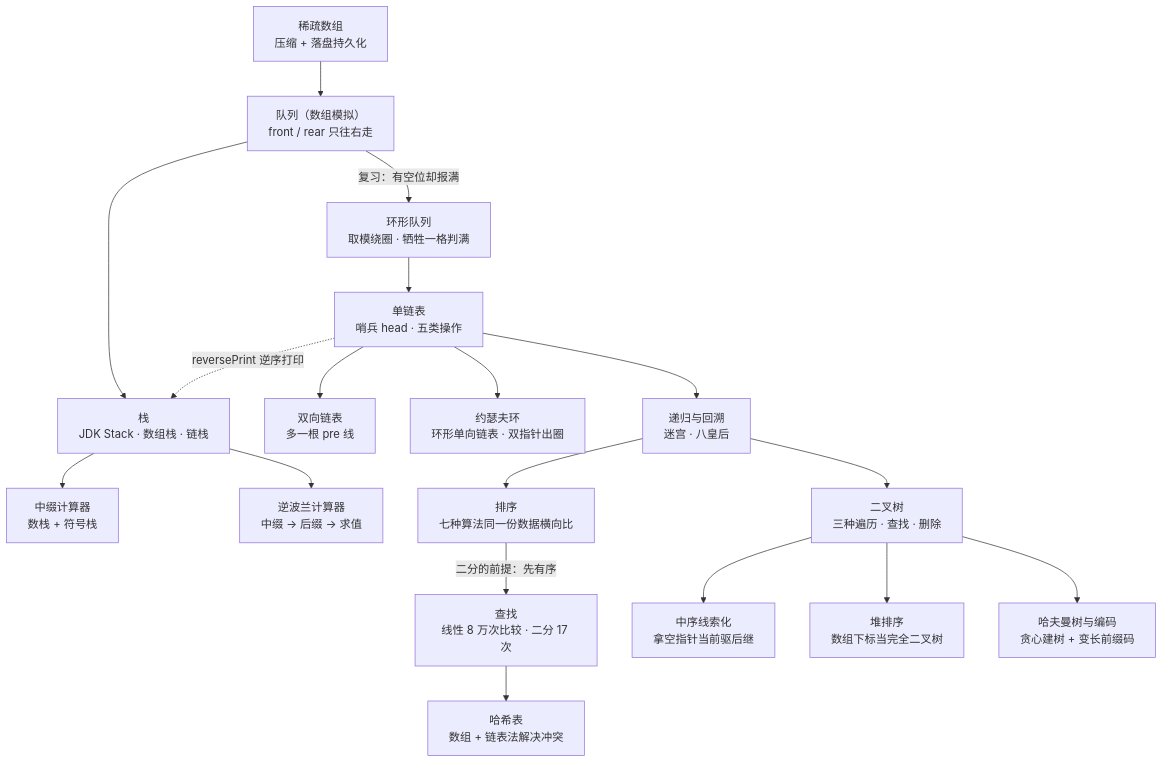
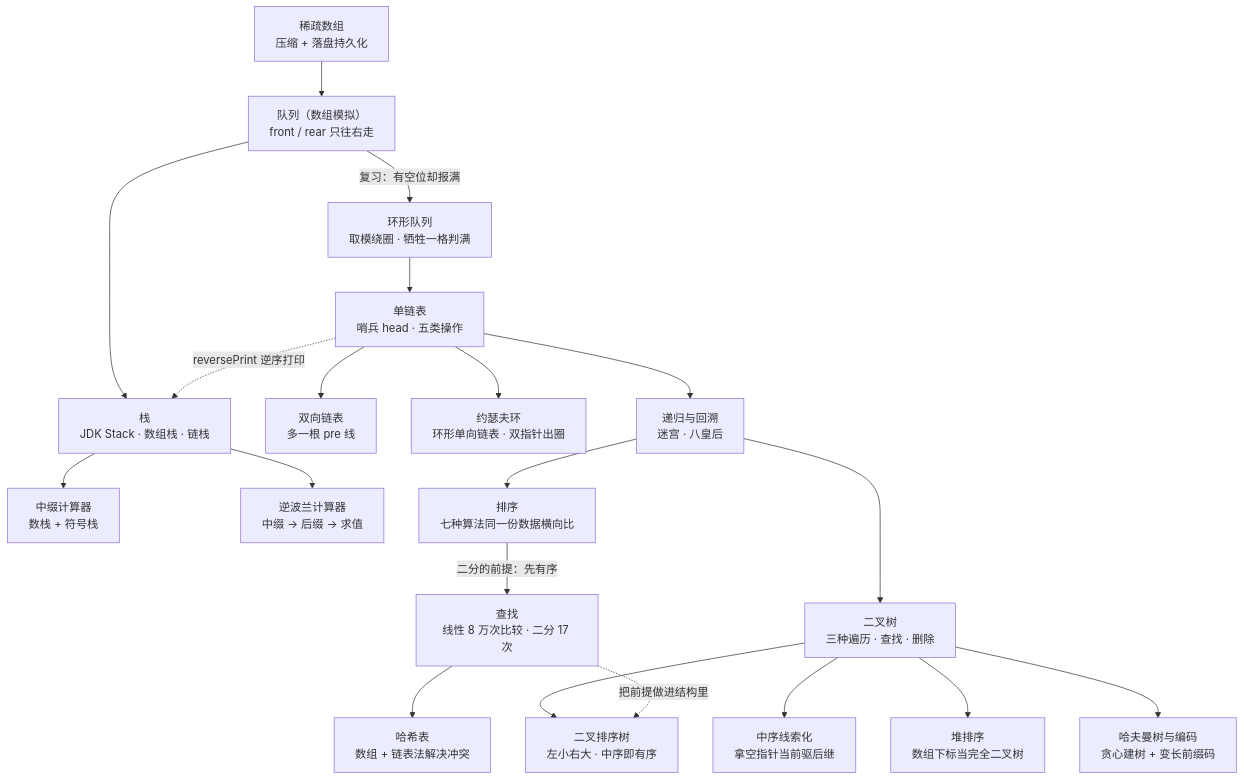
Before and after one commit to c0re-T/dataStructures: the diagram in README.md, drawn with Mermaid. The commit also changed other lines of this file and 4 other files, not shown here.

````diff
--- a/README.md
+++ b/README.md
@@ -9,20 +9,22 @@
 ```mermaid
 flowchart TD
     A["稀疏数组<br/>压缩 + 落盘持久化"] --> B["队列（数组模拟）<br/>front / rear 只往右走"]
     B -->|"复习：有空位却报满"| C["环形队列<br/>取模绕圈 · 牺牲一格判满"]
     B --> D["栈<br/>JDK Stack · 数组栈 · 链栈"]
     D --> E["中缀计算器<br/>数栈 + 符号栈"]
     D --> F["逆波兰计算器<br/>中缀 → 后缀 → 求值"]
     C --> G["单链表<br/>哨兵 head · 五类操作"]
     G --> H["双向链表<br/>多一根 pre 线"]
     G --> I["约瑟夫环<br/>环形单向链表 · 双指针出圈"]
     G -.->|"reversePrint 逆序打印"| D
     G --> J["递归与回溯<br/>迷宫 · 八皇后"]
     J --> K["排序<br/>七种算法同一份数据横向比"]
     K -->|"二分的前提：先有序"| L["查找<br/>线性 8 万次比较 · 二分 17 次"]
     J --> M["二叉树<br/>三种遍历 · 查找 · 删除"]
     M --> N["中序线索化<br/>拿空指针当前驱后继"]
     L --> O["哈希表<br/>数组 + 链表法解决冲突"]
     M --> P["堆排序<br/>数组下标当完全二叉树"]
     M --> Q["哈夫曼树与编码<br/>贪心建树 + 变长前缀码"]
+    M --> R["二叉排序树<br/>左小右大 · 中序即有序"]
+    L -.->|"把前提做进结构里"| R
 ```
````
